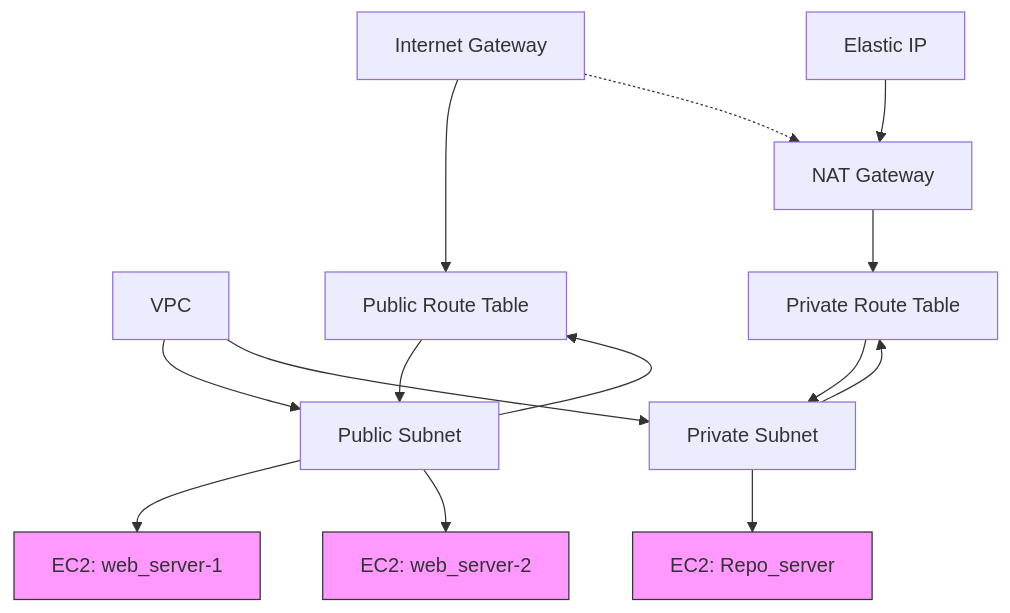
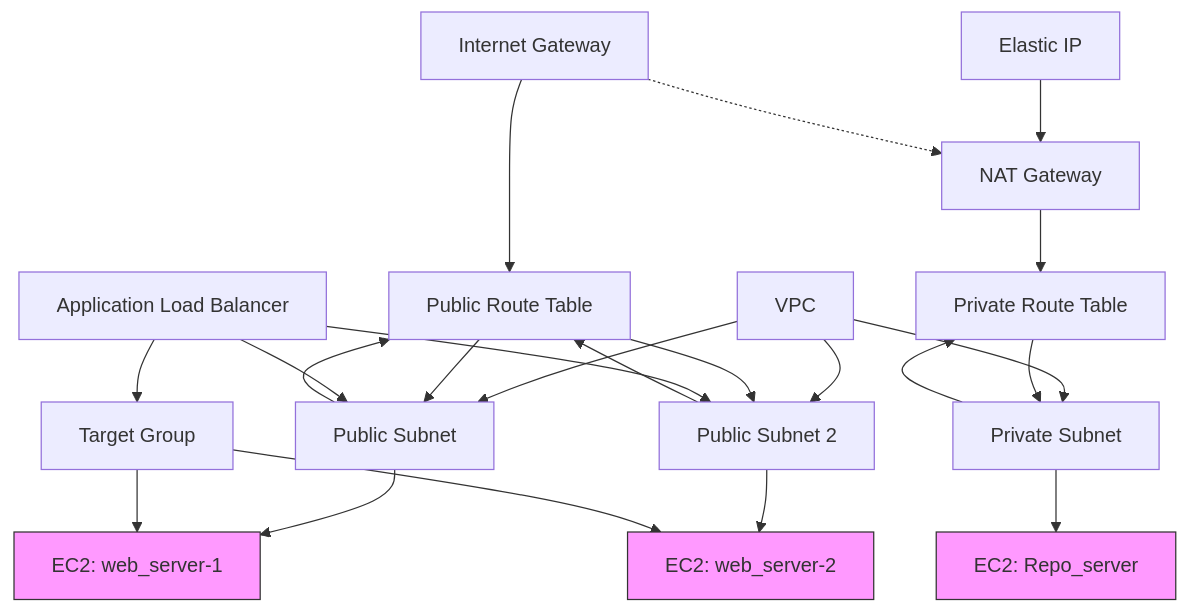
Before and after one commit to khannashiv/Terraform-Practice: the diagram in Projects/Project-1/README.md, drawn with Mermaid. The commit also changed other lines of this file, not shown here.

````diff
--- a/Projects/Project-1/README.md
+++ b/Projects/Project-1/README.md
@@ -17,35 +23,47 @@
 ```mermaid
 flowchart TD
     igw[Internet Gateway]
     nat[NAT Gateway]
     eip[Elastic IP]
     vpc[VPC]
     pub[Public Subnet]
+    pub2[Public Subnet 2]
     priv[Private Subnet]
     web1[EC2: web_server-1]
     web2[EC2: web_server-2]
     repo[EC2: Repo_server]
+    alb[Application Load Balancer]
+    tg[Target Group]
     rt_pub[Public Route Table]
     rt_priv[Private Route Table]
 
     vpc --> pub
+    vpc --> pub2
     vpc --> priv
     pub --> web1
-    pub --> web2
+    pub2 --> web2
     priv --> repo
 
     pub --> rt_pub
+    pub2 --> rt_pub
     priv --> rt_priv
 
     igw --> rt_pub
     rt_pub --> pub
+    rt_pub --> pub2
 
     eip --> nat
     nat --> rt_priv
     rt_priv --> priv
 
     igw -.-> nat
 
+    alb --> tg
+    tg --> web1
+    tg --> web2
+    alb --> pub
+    alb --> pub2
+
     classDef ec2 fill:#f9f,stroke:#333,stroke-width:1px;
     class web1,web2,repo ec2;
 ```
````
